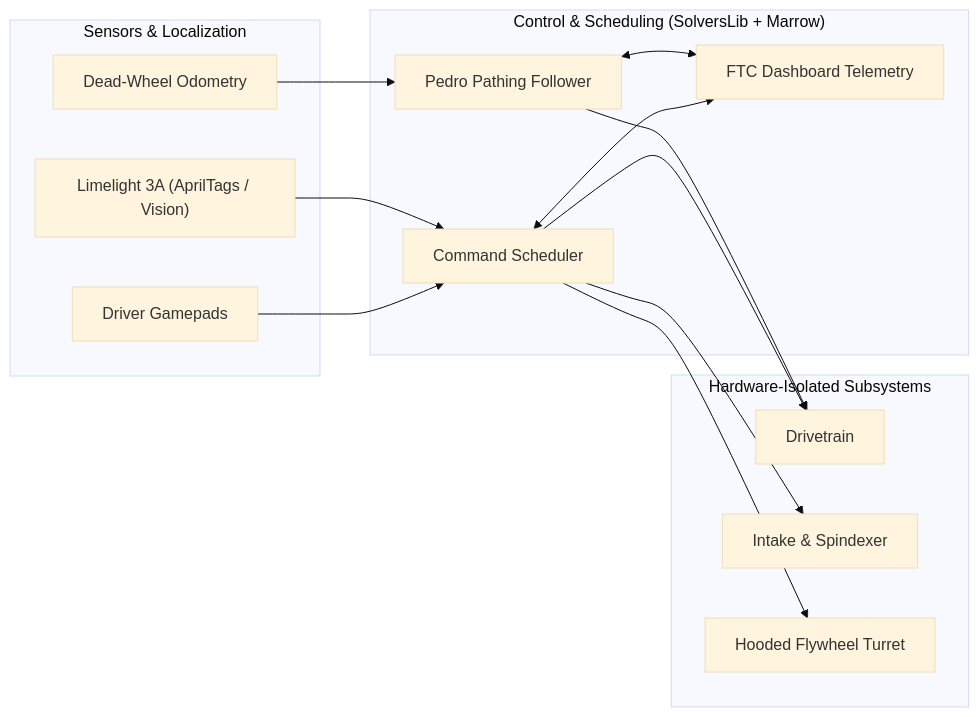
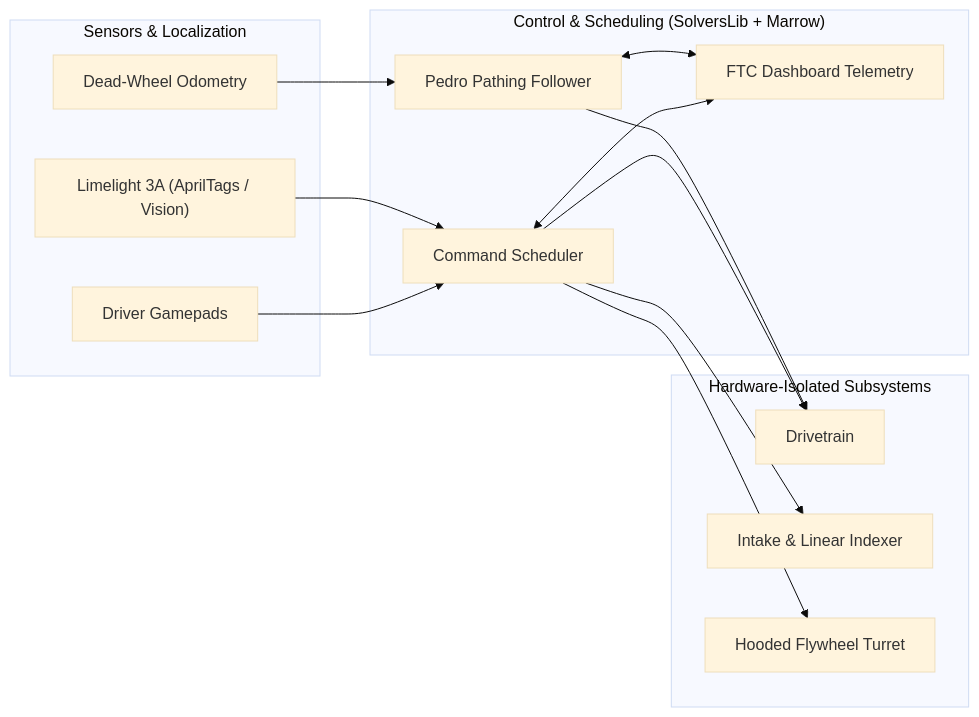
One commit to Tom-Glenn-High-School-Robotics/Grizzly-Bots-FTC-Base-Code changed the diagram in README.md. Above: the diagram before and after it, drawn with Mermaid (base theme).

Commit message:
Update Intake subsystem name in README

````diff
--- a/README.md
+++ b/README.md
@@ -22,30 +22,30 @@
 ```mermaid
 flowchart LR
     subgraph Input["Sensors & Localization"]
         ODOM["Dead-Wheel Odometry"]
         LL["Limelight 3A (AprilTags / Vision)"]
         GP["Driver Gamepads"]
     end
 
     subgraph Core["Control & Scheduling (SolversLib + Marrow)"]
         PP["Pedro Pathing Follower"]
         CMD["Command Scheduler"]
         DASH["FTC Dashboard Telemetry"]
     end
 
     subgraph Subsystems["Hardware-Isolated Subsystems"]
         DT["Drivetrain"]
-        INT["Intake & Spindexer"]
+        INT["Intake & Linear Indexer"]
         TUR["Hooded Flywheel Turret"]
     end
 
     ODOM --> PP
     LL --> CMD
     GP --> CMD
     PP --> DT
     CMD --> DT
     CMD --> INT
     CMD --> TUR
     PP <--> DASH
     CMD <--> DASH
 ```
````
